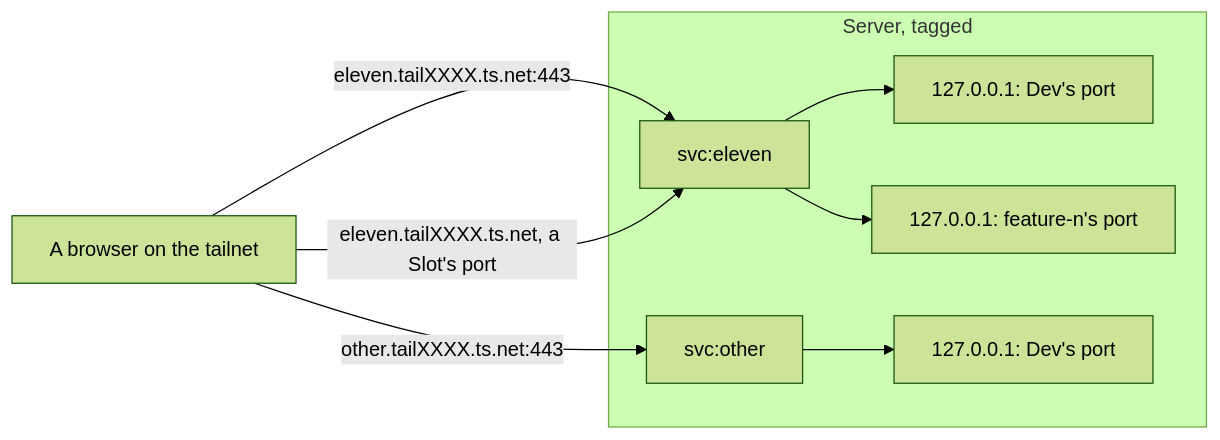
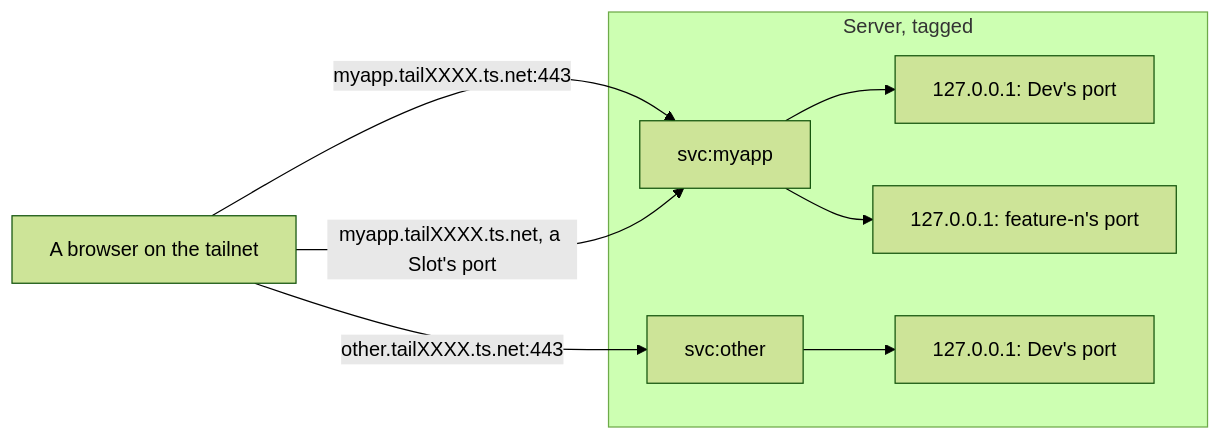
Before and after one commit to hangindev/deadlift: the diagram in docs/adr/0003-each-app-has-its-own-tailscale-service.md, drawn with Mermaid (forest theme). The commit also changed other lines of this file, not shown here.

Commit message:
Use a generic App name in ADR 0003
Claude-Session: https://claude.ai/code/session_01UbLfxzpMWCHuUVXypfMRcj

````diff
--- a/docs/adr/0003-each-app-has-its-own-tailscale-service.md
+++ b/docs/adr/0003-each-app-has-its-own-tailscale-service.md
@@ -14,11 +14,11 @@
 ```mermaid
 flowchart LR
-  B["A browser on the tailnet"] -->|"eleven.tailXXXX.ts.net:443"| S1
-  B -->|"eleven.tailXXXX.ts.net, a Slot's port"| S1
+  B["A browser on the tailnet"] -->|"myapp.tailXXXX.ts.net:443"| S1
+  B -->|"myapp.tailXXXX.ts.net, a Slot's port"| S1
   B -->|"other.tailXXXX.ts.net:443"| S2
   subgraph SRV["Server, tagged"]
-    S1["svc:eleven"] --> D1["127.0.0.1: Dev's port"]
+    S1["svc:myapp"] --> D1["127.0.0.1: Dev's port"]
     S1 --> F1["127.0.0.1: feature-n's port"]
     S2["svc:other"] --> D2["127.0.0.1: Dev's port"]
   end
 ```
````
